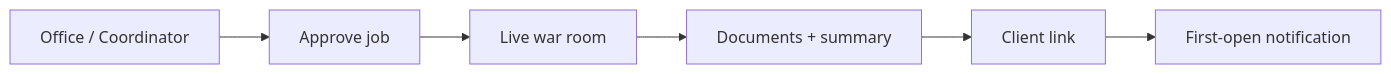
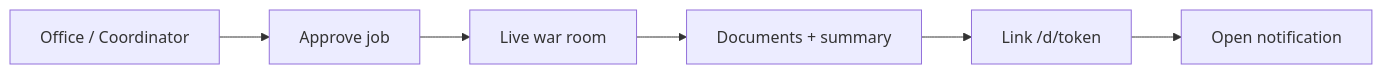
Before and after one commit to kreodevs/ia-company: the diagram in frontend/src/content/help/guia-piloto.en.md, drawn with Mermaid. The commit also changed other lines of this file and 26 other files, not shown here.

````diff
--- a/frontend/src/content/help/guia-piloto.en.md
+++ b/frontend/src/content/help/guia-piloto.en.md
@@ -31,8 +33,8 @@
 ```mermaid
 flowchart LR
   A[Office / Coordinator] --> B[Approve job]
   B --> C[Live war room]
   C --> D[Documents + summary]
-  D --> E[Client link]
-  E --> F[First-open notification]
+  D --> E[Link /d/token]
+  E --> F[Open notification]
 ```
````
